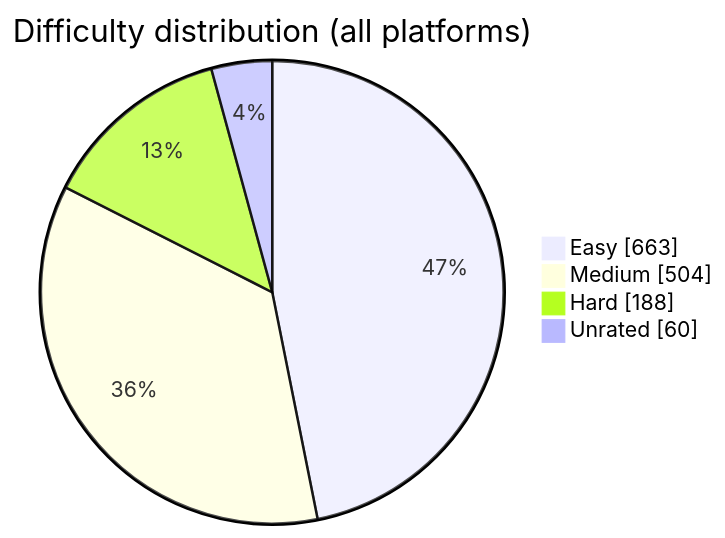
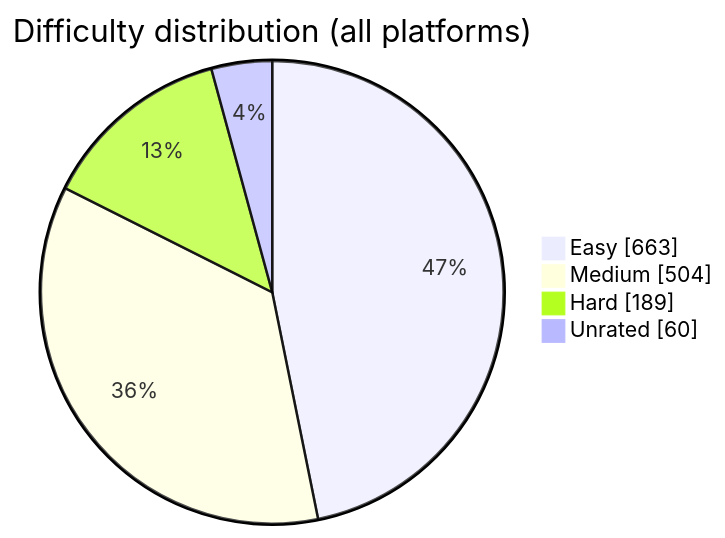
The diagram in README.md (BuildbyArindam/Daily-Coding-Log), drawn with Mermaid before and after one commit. The commit also changed other lines of this file, not shown here.

````diff
--- a/README.md
+++ b/README.md
@@ -93,7 +93,7 @@
 ```mermaid
 pie showData title Difficulty distribution (all platforms)
     "Easy" : 663
     "Medium" : 504
-    "Hard" : 188
+    "Hard" : 189
     "Unrated" : 60
 ```
````
